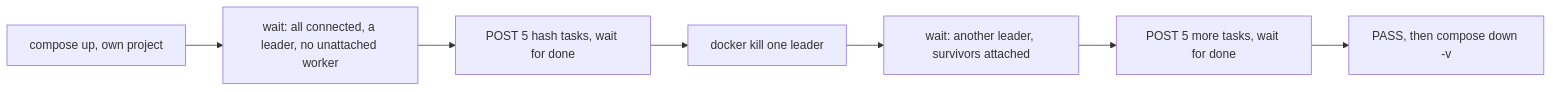
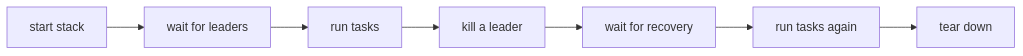
The third of 3 diagrams in docs/architecture/running-the-swarm.md (Aditya-Jyoti/swarm-communication), drawn with Mermaid before and after one commit. The commit also changed other lines of this file, not shown here.

Commit message:
docs(architecture): rewrite running the swarm for frontend and .env

````diff
--- a/docs/architecture/running-the-swarm.md
+++ b/docs/architecture/running-the-swarm.md
@@ -190,9 +135,9 @@
 ```mermaid
 flowchart LR
-    A["compose up, own project"] --> B["wait: all connected, a leader, no unattached worker"]
-    B --> C["POST 5 hash tasks, wait for done"]
-    C --> D["docker kill one leader"]
-    D --> E["wait: another leader, survivors attached"]
-    E --> F["POST 5 more tasks, wait for done"]
-    F --> G["PASS, then compose down -v"]
+    A[start stack] --> B[wait for leaders]
+    B --> C[run tasks]
+    C --> D[kill a leader]
+    D --> E[wait for recovery]
+    E --> F[run tasks again]
+    F --> G[tear down]
 ```
````
